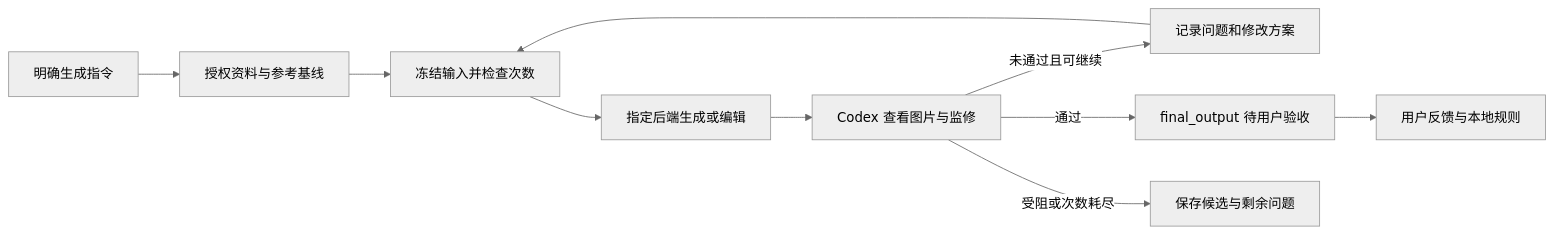
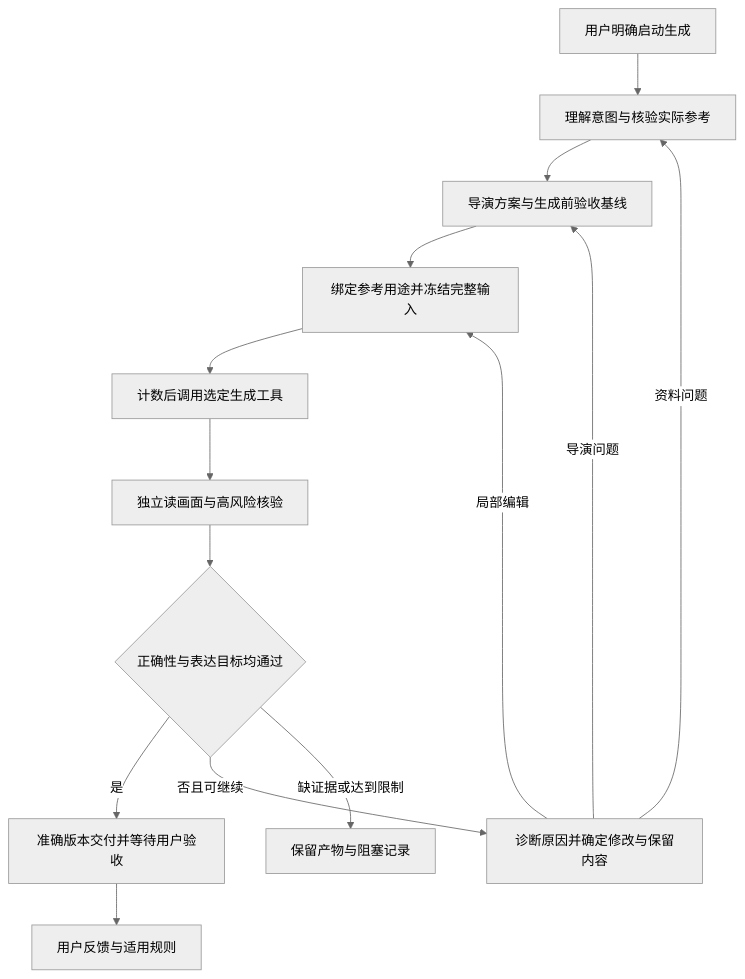
Before and after one commit to ISCT-W/aniGC: the diagram in README.md, drawn with Mermaid (neutral theme). The commit also changed other lines of this file and 11 other files, not shown here.

````diff
--- a/README.md
+++ b/README.md
@@ -22,12 +22,16 @@
 ```mermaid
-flowchart LR
-    A[明确生成指令] --> B[授权资料与参考基线]
-    B --> C[冻结输入并检查次数]
-    C --> D[指定后端生成或编辑]
-    D --> E[Codex 查看图片与监修]
-    E -->|未通过且可继续| F[记录问题和修改方案]
-    F --> C
-    E -->|通过| G[final_output 待用户验收]
-    E -->|受阻或次数耗尽| H[保存候选与剩余问题]
-    G --> I[用户反馈与本地规则]
+flowchart TD
+    A[用户明确启动生成] --> B[理解意图与核验实际参考]
+    B --> C[导演方案与生成前验收基线]
+    C --> D[绑定参考用途并冻结完整输入]
+    D --> E[计数后调用选定生成工具]
+    E --> F[独立读画面与高风险核验]
+    F --> G{正确性与表达目标均通过}
+    G -->|是| H[准确版本交付并等待用户验收]
+    G -->|否且可继续| I[诊断原因并确定修改与保留内容]
+    I -->|资料问题| B
+    I -->|导演问题| C
+    I -->|局部编辑| D
+    G -->|缺证据或达到限制| J[保留产物与阻塞记录]
+    H --> K[用户反馈与适用规则]
 ```
````
